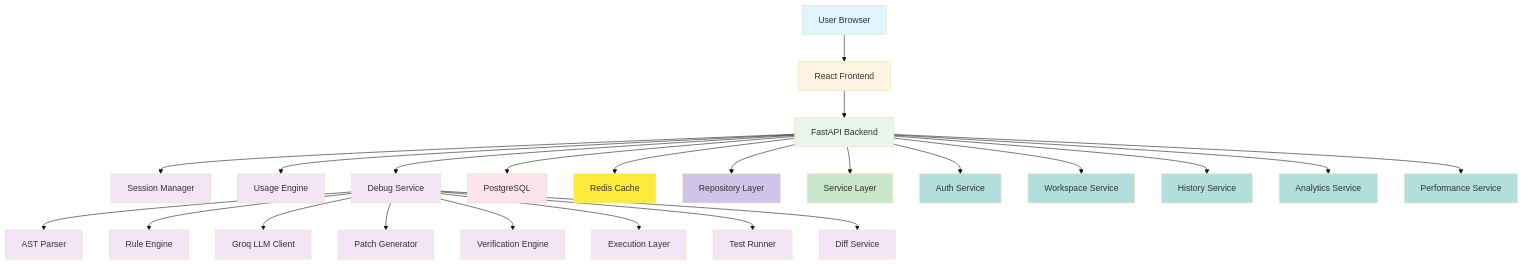
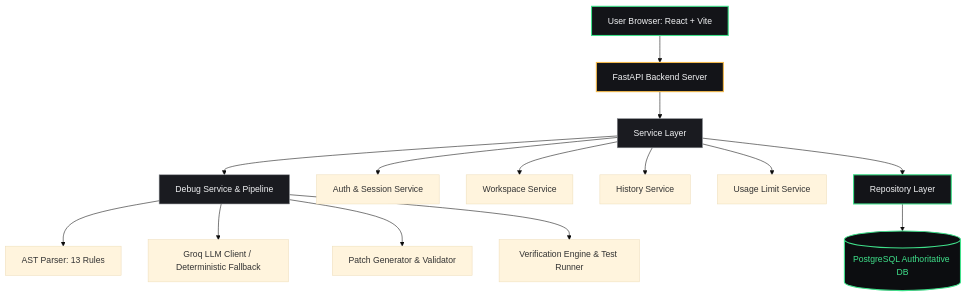
One commit to joshi-chinmay-016/NeuroDebug changed the first of 4 diagrams in README.md. Above: the diagram before and after it, drawn with Mermaid (base theme). The commit also changed other lines of this file and 99 other files, not shown here.

Commit message:
feat: complete PostgreSQL migration, zero-Redis architecture, dynamic telemetry and 100% test coverage [skip ci]

````diff
--- a/README.md
+++ b/README.md
@@ -80,49 +80,23 @@
 ```mermaid
 graph TD
-    A[User Browser] --> B[React Frontend]
-    B --> C[FastAPI Backend]
-    C --> D[Session Manager]
-    C --> E[Usage Engine]
-    C --> F[Debug Service]
-    F --> G[AST Parser]
-    F --> H[Rule Engine]
-    F --> I[Groq LLM Client]
-    F --> J[Patch Generator]
-    F --> K[Verification Engine]
-    F --> L[Execution Layer]
-    F --> M[Test Runner]
-    F --> N[Diff Service]
-    C --> O[PostgreSQL]
-    C --> P[Redis Cache]
-    C --> Q[Repository Layer]
-    C --> R[Service Layer]
-    C --> S[Auth Service]
-    C --> T[Workspace Service]
-    C --> U[History Service]
-    C --> V[Analytics Service]
-    C --> W[Performance Service]
+    A[User Browser: React + Vite] --> B[FastAPI Backend Server]
+    B --> C[Service Layer]
+    C --> D[Debug Service & Pipeline]
+    D --> E[AST Parser: 13 Rules]
+    D --> F[Groq LLM Client / Deterministic Fallback]
+    D --> G[Patch Generator & Validator]
+    D --> H[Verification Engine & Test Runner]
+    C --> I[Auth & Session Service]
+    C --> J[Workspace Service]
+    C --> K[History Service]
+    C --> L[Usage Limit Service]
+    C --> M[Repository Layer]
+    M --> N[(PostgreSQL Authoritative DB)]
     
-    style A fill:#e1f5ff
-    style B fill:#fff4e1
-    style C fill:#e8f5e9
-    style D fill:#f3e5f5
-    style E fill:#f3e5f5
-    style F fill:#f3e5f5
-    style G fill:#f3e5f5
-    style H fill:#f3e5f5
-    style I fill:#f3e5f5
-    style J fill:#f3e5f5
-    style K fill:#f3e5f5
-    style L fill:#f3e5f5
-    style M fill:#f3e5f5
-    style N fill:#f3e5f5
-    style O fill:#fce4ec
-    style P fill:#ffeb3b
-    style Q fill:#d1c4e9
-    style R fill:#c8e6c9
-    style S fill:#b2dfdb
-    style T fill:#b2dfdb
-    style U fill:#b2dfdb
-    style V fill:#b2dfdb
-    style W fill:#b2dfdb
+    style A fill:#131418,stroke:#3FE08A,stroke-width:2px,color:#F1F2F4
+    style B fill:#131418,stroke:#F2B84B,stroke-width:2px,color:#F1F2F4
+    style C fill:#1A1B20,stroke:#8D9096,stroke-width:1px,color:#F1F2F4
+    style D fill:#1A1B20,stroke:#8D9096,stroke-width:1px,color:#F1F2F4
+    style M fill:#131418,stroke:#3FE08A,stroke-width:2px,color:#F1F2F4
+    style N fill:#0C0D10,stroke:#3FE08A,stroke-width:2px,color:#3FE08A
 ```
````
